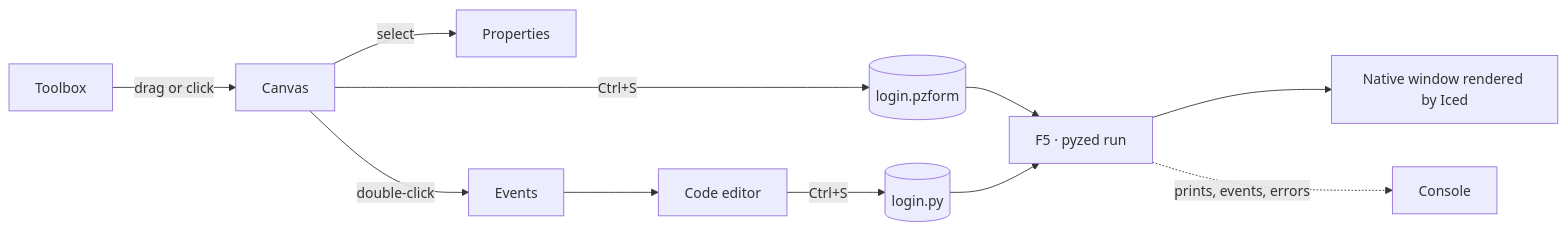
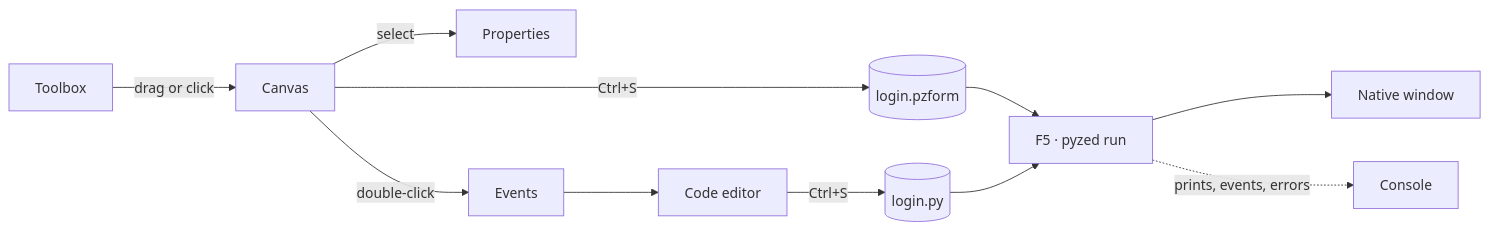
Before and after one commit to albakore/pyzed: the diagram in docs/src/content/docs/editor/index.mdx, drawn with Mermaid. The commit also changed other lines of this file and 17 other files, not shown here.

````diff
--- a/docs/src/content/docs/editor/index.mdx
+++ b/docs/src/content/docs/editor/index.mdx
@@ -88,13 +72,13 @@
 ```mermaid
 flowchart LR
     TB[Toolbox] -->|drag or click| CV[Canvas]
     CV -->|select| PR[Properties]
     CV -->|double-click| EV[Events]
     EV --> CE[Code editor]
     CV -- Ctrl+S --> F[(login.pzform)]
     CE -- Ctrl+S --> P[(login.py)]
     F --> RUN["F5 · pyzed run"]
     P --> RUN
-    RUN --> W[Native window rendered by Iced]
+    RUN --> W[Native window]
     RUN -. prints, events, errors .-> CO[Console]
 ```
````
